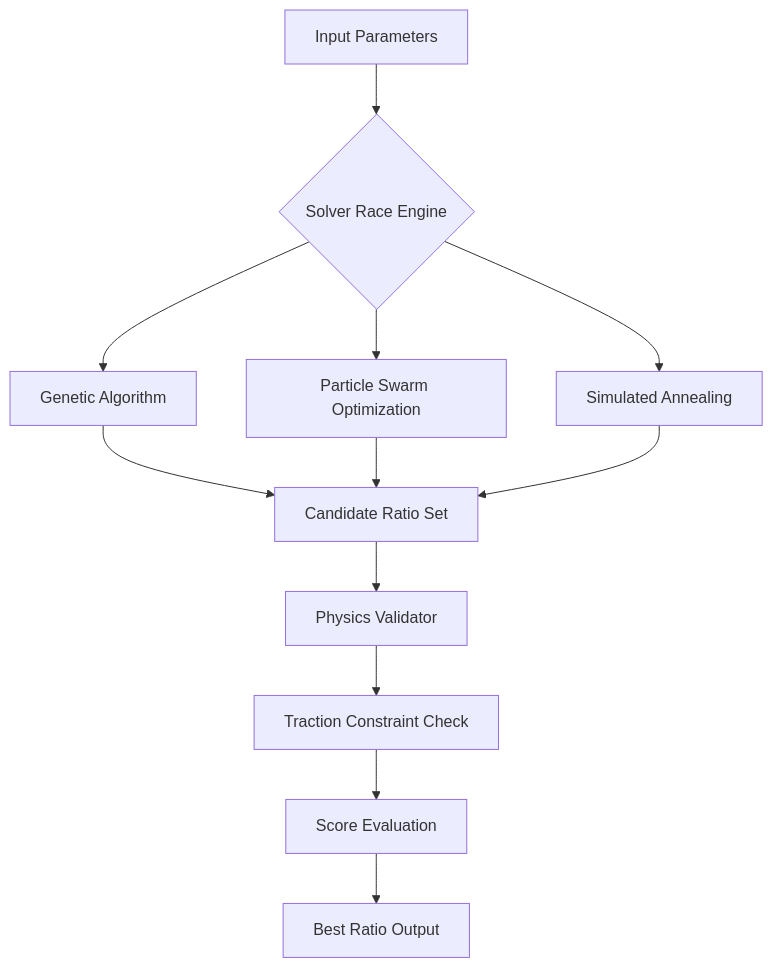
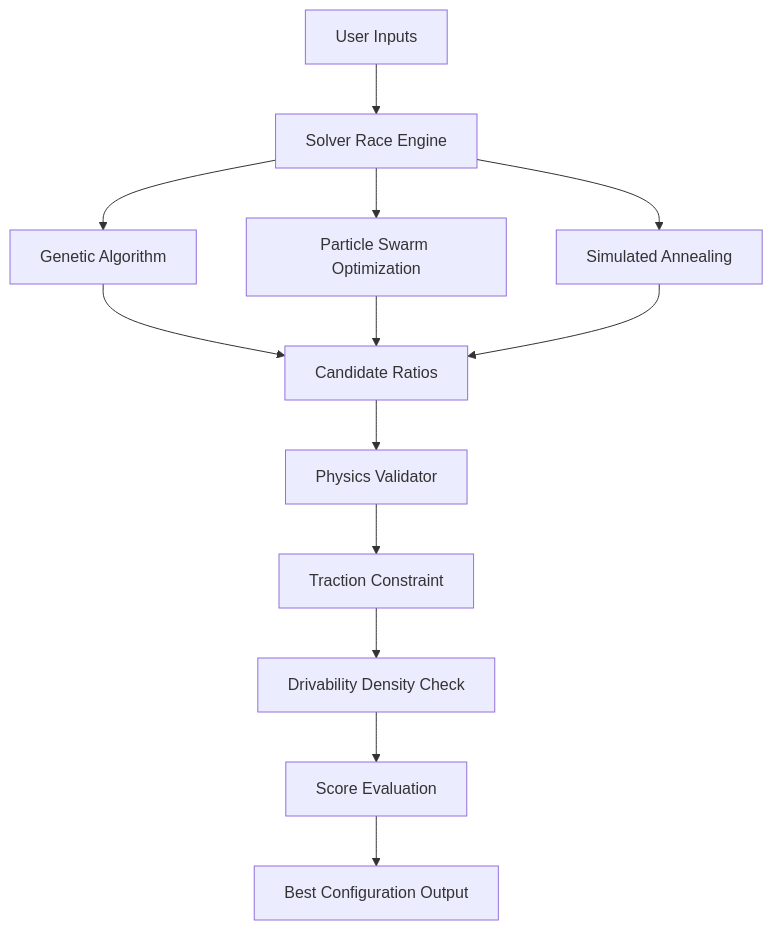
One commit to Punyamittal/gear-lab-pro changed the second of 6 diagrams in README.md. Above: the diagram before and after it, drawn with Mermaid. The commit also changed other lines of this file, not shown here.

````diff
--- a/README.md
+++ b/README.md
@@ -54,18 +56,18 @@
 ```mermaid
-graph TD
+flowchart TD
+    A[User Inputs] --> B[Solver Race Engine]
 
-A[Input Parameters] --> B{Solver Race Engine}
+    B --> C1[Genetic Algorithm]
+    B --> C2[Particle Swarm Optimization]
+    B --> C3[Simulated Annealing]
 
-B --> C1[Genetic Algorithm]
-B --> C2[Particle Swarm Optimization]
-B --> C3[Simulated Annealing]
+    C1 --> D[Candidate Ratios]
+    C2 --> D
+    C3 --> D
 
-C1 --> D[Candidate Ratio Set]
-C2 --> D
-C3 --> D
-
-D --> E[Physics Validator]
-E --> F[Traction Constraint Check]
-F --> G[Score Evaluation]
-G --> H[Best Ratio Output]
+    D --> E[Physics Validator]
+    E --> F[Traction Constraint]
+    F --> G[Drivability Density Check]
+    G --> H[Score Evaluation]
+    H --> I[Best Configuration Output]
 ```
````
